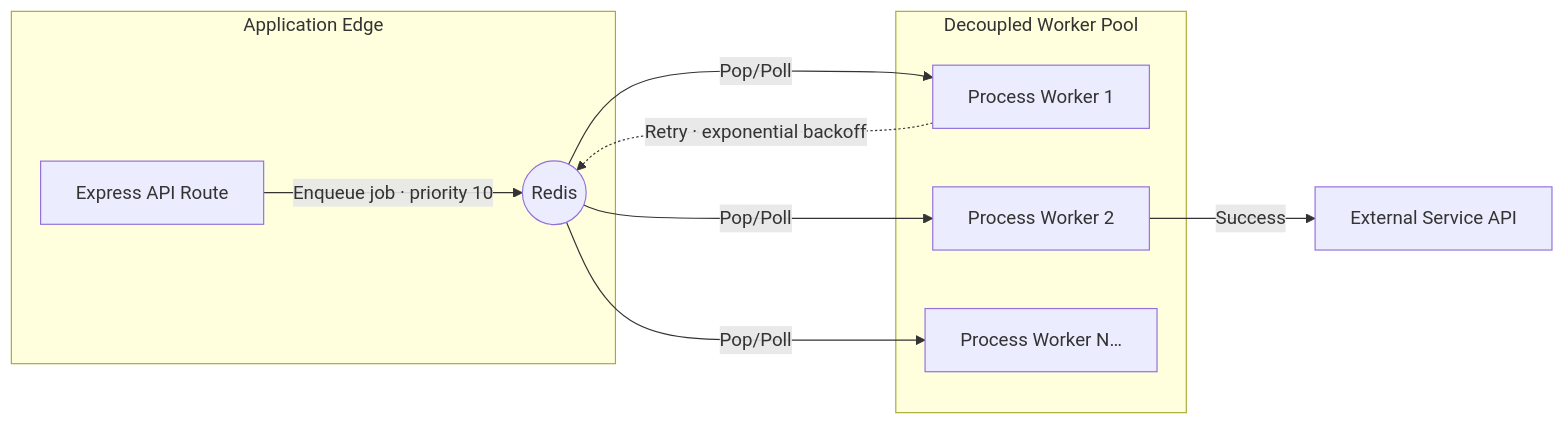
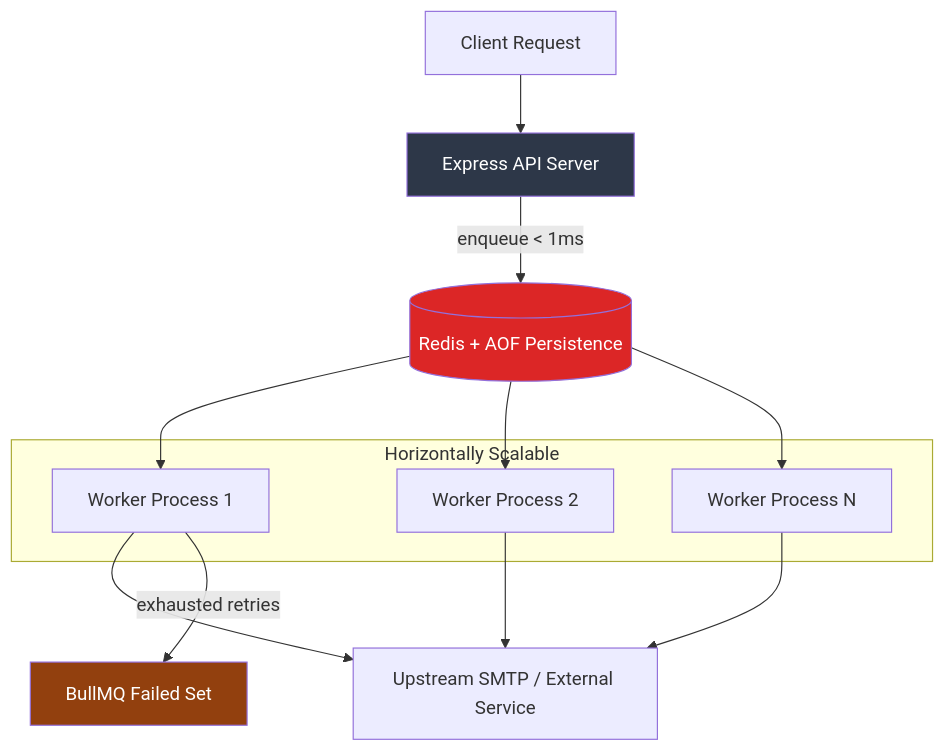
The diagram in src/pages/queue-engine.mdx (sudhanshu1402/system-design-portal), drawn with Mermaid before and after one commit. The commit also changed other lines of this file and 5 other files, not shown here.

````diff
--- a/src/pages/queue-engine.mdx
+++ b/src/pages/queue-engine.mdx
@@ -7,15 +15,22 @@
 ```mermaid
-graph LR
-    subgraph "Application Edge"
-        API[Express API Route] -->|Enqueue job · priority 10| Redis((Redis))
+graph TB
+    Client[Client Request] --> API[Express API Server]
+    API -->|"enqueue < 1ms"| Redis[(Redis + AOF Persistence)]
+    Redis --> W1[Worker Process 1]
+    Redis --> W2[Worker Process 2]
+    Redis --> WN[Worker Process N]
+    W1 --> SMTP[Upstream SMTP / External Service]
+    W2 --> SMTP
+    WN --> SMTP
+    W1 -->|exhausted retries| DLQ[BullMQ Failed Set]
+
+    subgraph "Horizontally Scalable"
+        W1
+        W2
+        WN
     end
 
-    subgraph "Decoupled Worker Pool"
-        Redis -->|Pop/Poll| W1[Process Worker 1]
-        Redis -->|Pop/Poll| W2[Process Worker 2]
-        Redis -->|Pop/Poll| W3[Process Worker N…]
-    end
-
-    W1 -.->|Retry · exponential backoff| Redis
-    W2 -->|Success| S3[External Service API]
+    style API fill:#2d3748,color:#fff
+    style Redis fill:#dc2626,color:#fff
+    style DLQ fill:#92400e,color:#fff
 ```
````
